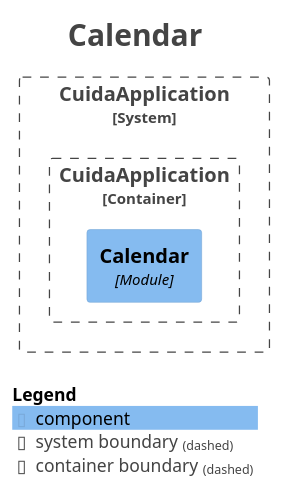
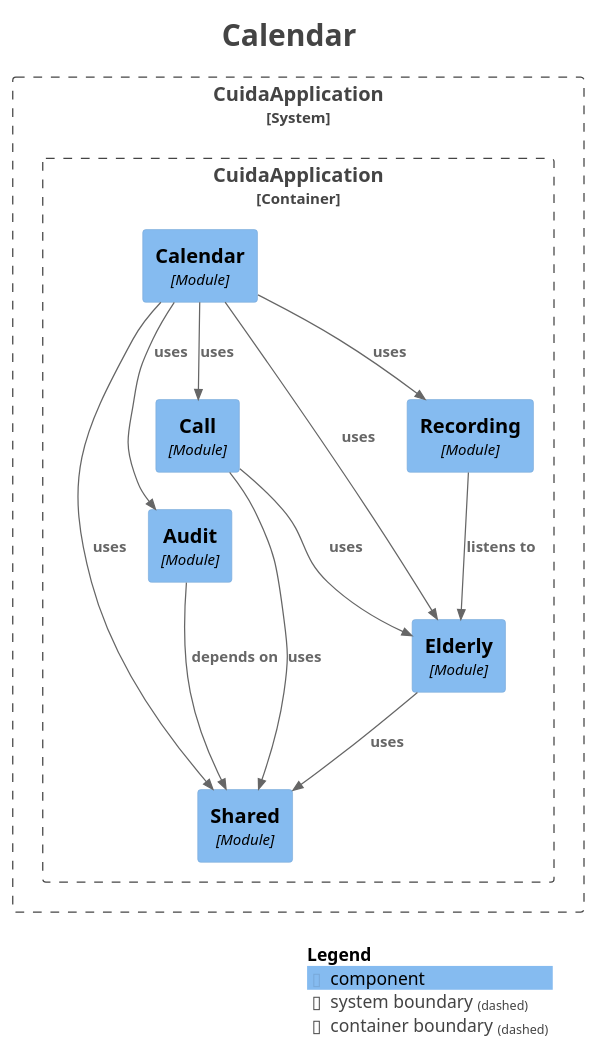
Before and after one commit to Rodrimir/alo_diario: the diagram in docs/modules/module-calendar.puml, drawn with PlantUML. The commit also changed 19 other files, not shown here.

```diff
--- a/docs/modules/module-calendar.puml
+++ b/docs/modules/module-calendar.puml
@@ -1,27 +1,43 @@
 @startuml
 title <size:24>Calendar</size>
 
 set separator none
 top to bottom direction
 
 <style>
   root {
     BackgroundColor: #ffffff
     FontColor: #444444
   }
 </style>
 
 !include <C4/C4>
 !include <C4/C4_Context>
 !include <C4/C4_Component>
 
 System_Boundary("CuidaApplication_boundary", "CuidaApplication", $tags="") {
   Container_Boundary("CuidaApplication.CuidaApplication_boundary", "CuidaApplication", $tags="") {
+    Component(CuidaApplication.CuidaApplication.Call, "Call", $techn="Module", $descr="", $tags="", $link="")
     Component(CuidaApplication.CuidaApplication.Calendar, "Calendar", $techn="Module", $descr="", $tags="", $link="")
+    Component(CuidaApplication.CuidaApplication.Shared, "Shared", $techn="Module", $descr="", $tags="", $link="")
+    Component(CuidaApplication.CuidaApplication.Audit, "Audit", $techn="Module", $descr="", $tags="", $link="")
+    Component(CuidaApplication.CuidaApplication.Elderly, "Elderly", $techn="Module", $descr="", $tags="", $link="")
+    Component(CuidaApplication.CuidaApplication.Recording, "Recording", $techn="Module", $descr="", $tags="", $link="")
   }
 
 }
 
+Rel(CuidaApplication.CuidaApplication.Audit, CuidaApplication.CuidaApplication.Shared, "depends on", $techn="", $tags="", $link="")
+Rel(CuidaApplication.CuidaApplication.Calendar, CuidaApplication.CuidaApplication.Audit, "uses", $techn="", $tags="", $link="")
+Rel(CuidaApplication.CuidaApplication.Calendar, CuidaApplication.CuidaApplication.Call, "uses", $techn="", $tags="", $link="")
+Rel(CuidaApplication.CuidaApplication.Calendar, CuidaApplication.CuidaApplication.Elderly, "uses", $techn="", $tags="", $link="")
+Rel(CuidaApplication.CuidaApplication.Calendar, CuidaApplication.CuidaApplication.Recording, "uses", $techn="", $tags="", $link="")
+Rel(CuidaApplication.CuidaApplication.Calendar, CuidaApplication.CuidaApplication.Shared, "uses", $techn="", $tags="", $link="")
+Rel(CuidaApplication.CuidaApplication.Call, CuidaApplication.CuidaApplication.Elderly, "uses", $techn="", $tags="", $link="")
+Rel(CuidaApplication.CuidaApplication.Call, CuidaApplication.CuidaApplication.Shared, "uses", $techn="", $tags="", $link="")
+Rel(CuidaApplication.CuidaApplication.Elderly, CuidaApplication.CuidaApplication.Shared, "uses", $techn="", $tags="", $link="")
+Rel(CuidaApplication.CuidaApplication.Recording, CuidaApplication.CuidaApplication.Elderly, "listens to", $techn="", $tags="", $link="")
+
 SHOW_LEGEND(true)
 hide stereotypes
 @enduml
```
